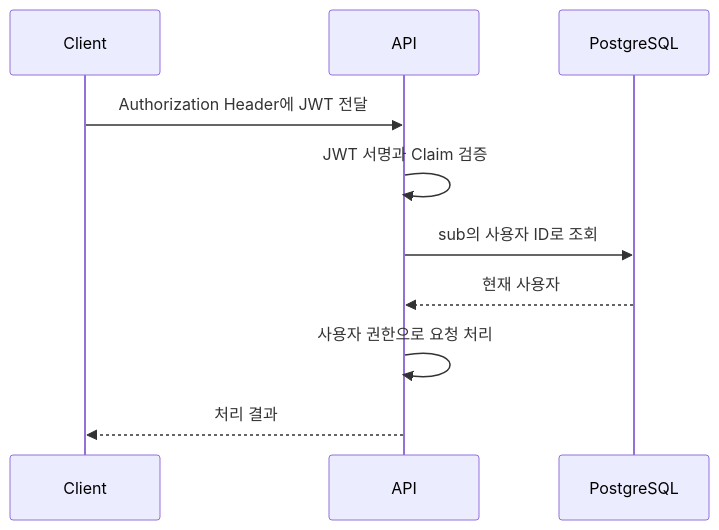
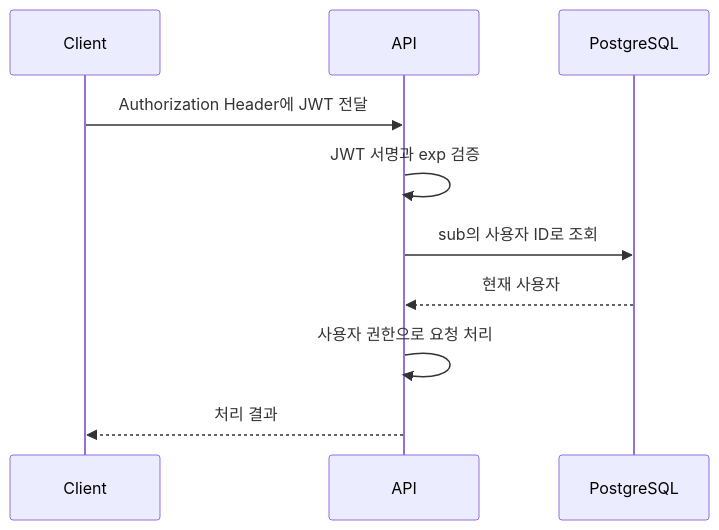
The third of 3 diagrams in docs/notes/008-json-web-token-and-authentication.md (chahoseong/realworld-fastapi-backend), drawn with Mermaid before and after one commit. The commit also changed other lines of this file, not shown here.

Commit message:
docs: JWT Claim에 사용자 ID, 발급 시각, 만료 시각 추가 및 설명 수정

````diff
--- a/docs/notes/008-json-web-token-and-authentication.md
+++ b/docs/notes/008-json-web-token-and-authentication.md
@@ -120,13 +122,13 @@
 ```mermaid
 sequenceDiagram
     participant Client
     participant API
     participant DB as PostgreSQL
 
     Client->>API: Authorization Header에 JWT 전달
-    API->>API: JWT 서명과 Claim 검증
+    API->>API: JWT 서명과 exp 검증
     API->>DB: sub의 사용자 ID로 조회
     DB-->>API: 현재 사용자
     API->>API: 사용자 권한으로 요청 처리
     API-->>Client: 처리 결과
 ```
````
